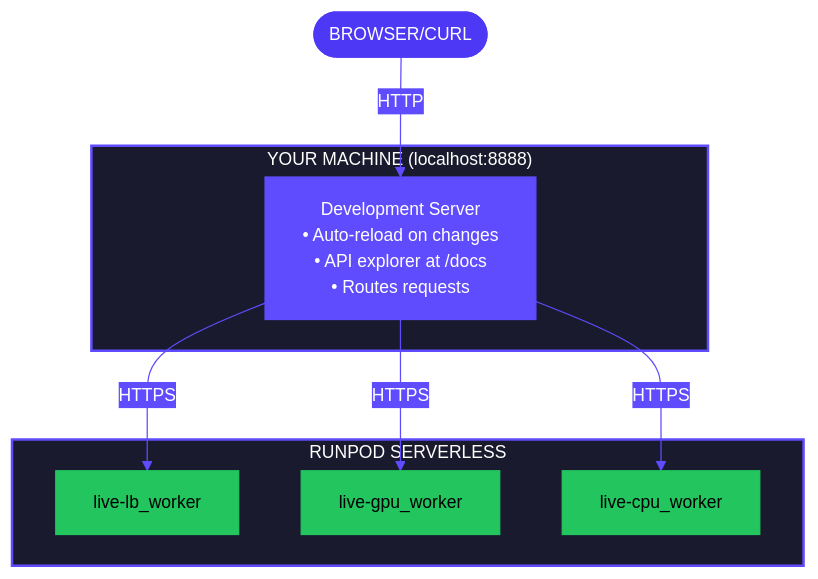
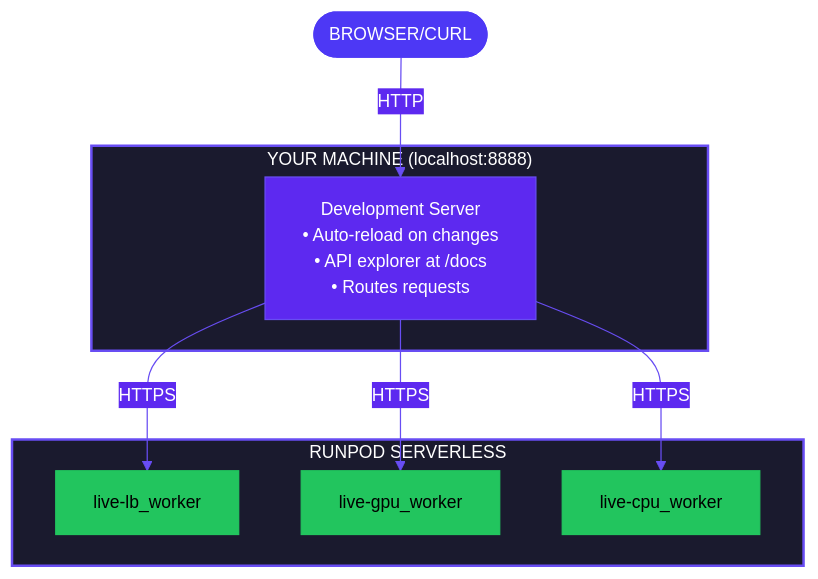
Before and after one commit to runpod/docs: the diagram in flash/apps/local-testing.mdx, drawn with Mermaid. The commit also changed 9 other files, not shown here.

First line of the commit message:
fix: use canon purples in Mermaid diagrams

````diff
--- a/flash/apps/local-testing.mdx
+++ b/flash/apps/local-testing.mdx
@@ -117,29 +117,29 @@
 ```mermaid
-%%{init: {'theme':'base', 'themeVariables': { 'primaryColor':'#9289FE','primaryTextColor':'#fff','primaryBorderColor':'#9289FE','lineColor':'#5F4CFE','secondaryColor':'#AE6DFF','tertiaryColor':'#FCB1FF','edgeLabelBackground':'#5F4CFE', 'fontSize':'14px','fontFamily':'font-inter'}}}%%
+%%{init: {'theme':'base', 'themeVariables': { 'primaryColor':'#9289FE','primaryTextColor':'#fff','primaryBorderColor':'#9289FE','lineColor':'#684DF3','secondaryColor':'#AE6DFF','tertiaryColor':'#FCB1FF','edgeLabelBackground':'#5D29F0', 'fontSize':'14px','fontFamily':'font-inter'}}}%%
 
 flowchart TB
     Browser(["BROWSER/CURL"])
 
     subgraph Local ["YOUR MACHINE (localhost:8888)"]
         DevServer["Development Server<br/>• Auto-reload on changes<br/>• API explorer at /docs<br/>• Routes requests"]
     end
 
     subgraph Runpod ["RUNPOD SERVERLESS"]
         LB["live-lb_worker"]
         GPU["live-gpu_worker"]
         CPU["live-cpu_worker"]
     end
 
     Browser -->|"HTTP"| DevServer
     DevServer -->|"HTTPS"| LB
     DevServer -->|"HTTPS"| GPU
     DevServer -->|"HTTPS"| CPU
 
-    style Local fill:#1a1a2e,stroke:#5F4CFE,stroke-width:2px,color:#fff
-    style Runpod fill:#1a1a2e,stroke:#5F4CFE,stroke-width:2px,color:#fff
+    style Local fill:#1a1a2e,stroke:#684DF3,stroke-width:2px,color:#fff
+    style Runpod fill:#1a1a2e,stroke:#684DF3,stroke-width:2px,color:#fff
     style Browser fill:#4D38F5,stroke:#4D38F5,color:#fff
-    style DevServer fill:#5F4CFE,stroke:#5F4CFE,color:#fff
+    style DevServer fill:#5D29F0,stroke:#684DF3,color:#fff
     style LB fill:#22C55E,stroke:#22C55E,color:#000
     style GPU fill:#22C55E,stroke:#22C55E,color:#000
     style CPU fill:#22C55E,stroke:#22C55E,color:#000
 ```
````
